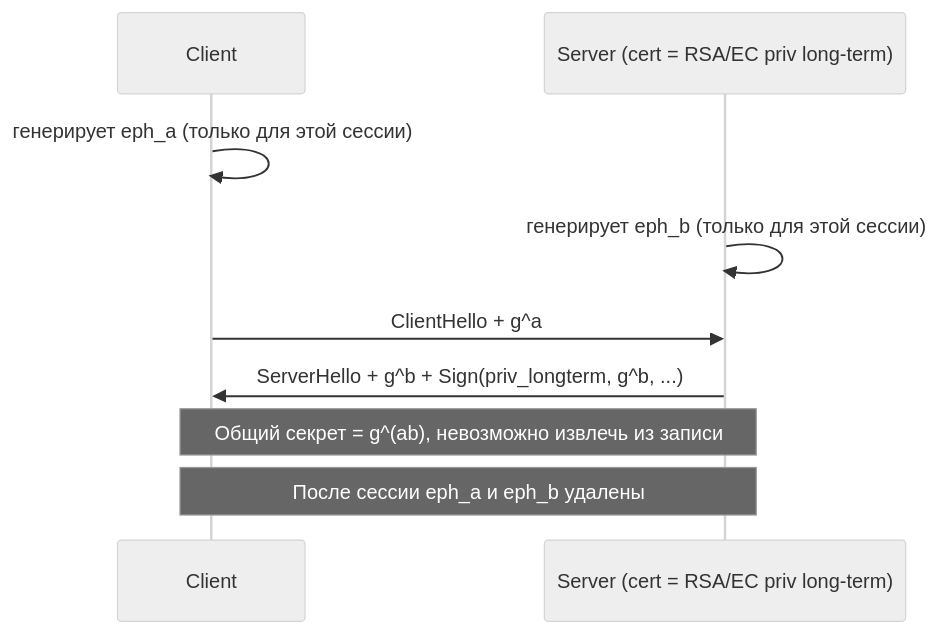
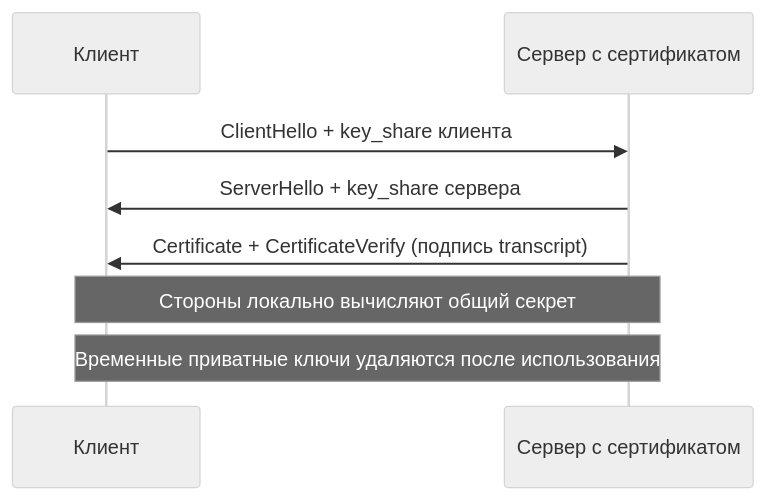
The sixth of 9 diagrams in cheatsheets/interview/security/tls-ssl-interview.md (akeverus/cheat-sheet), drawn with Mermaid (neutral theme) before and after one commit. The commit also changed other lines of this file and 154 other files, not shown here.

````diff
--- a/cheatsheets/interview/security/tls-ssl-interview.md
+++ b/cheatsheets/interview/security/tls-ssl-interview.md
@@ -669,12 +658,11 @@
 ```mermaid
 sequenceDiagram
-    participant C as Client
-    participant S as Server (cert = RSA/EC priv long-term)
+    participant C as Клиент
+    participant S as Сервер с сертификатом
 
-    C->>C: генерирует eph_a (только для этой сессии)
-    S->>S: генерирует eph_b (только для этой сессии)
-    C->>S: ClientHello + g^a
-    S->>C: ServerHello + g^b + Sign(priv_longterm, g^b, ...)
-    Note over C,S: Общий секрет = g^(ab), невозможно извлечь из записи
-    Note over C,S: После сессии eph_a и eph_b удалены
+    C->>S: ClientHello + key_share клиента
+    S->>C: ServerHello + key_share сервера
+    S->>C: Certificate + CertificateVerify (подпись transcript)
+    Note over C,S: Стороны локально вычисляют общий секрет
+    Note over C,S: Временные приватные ключи удаляются после использования
 ```
````
